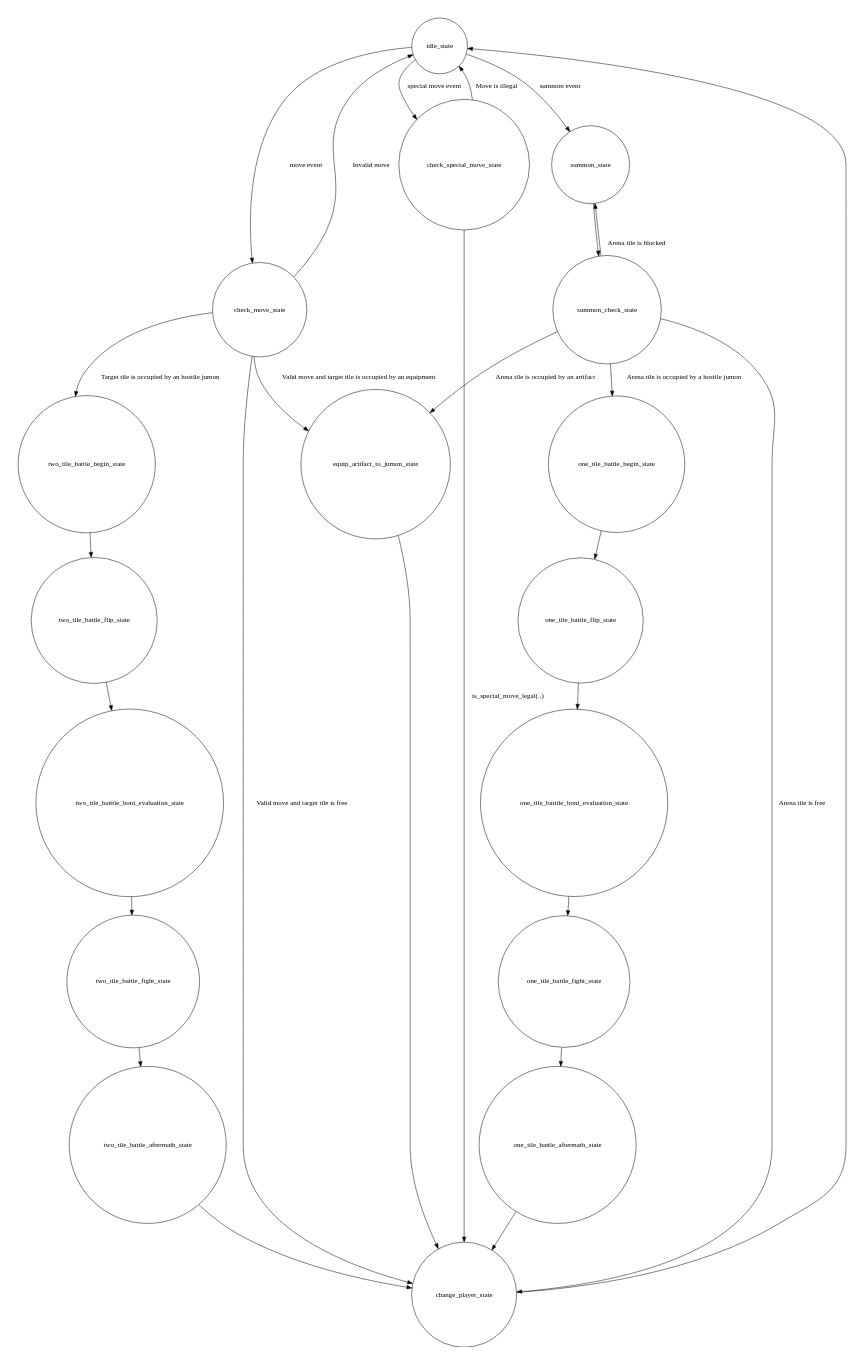
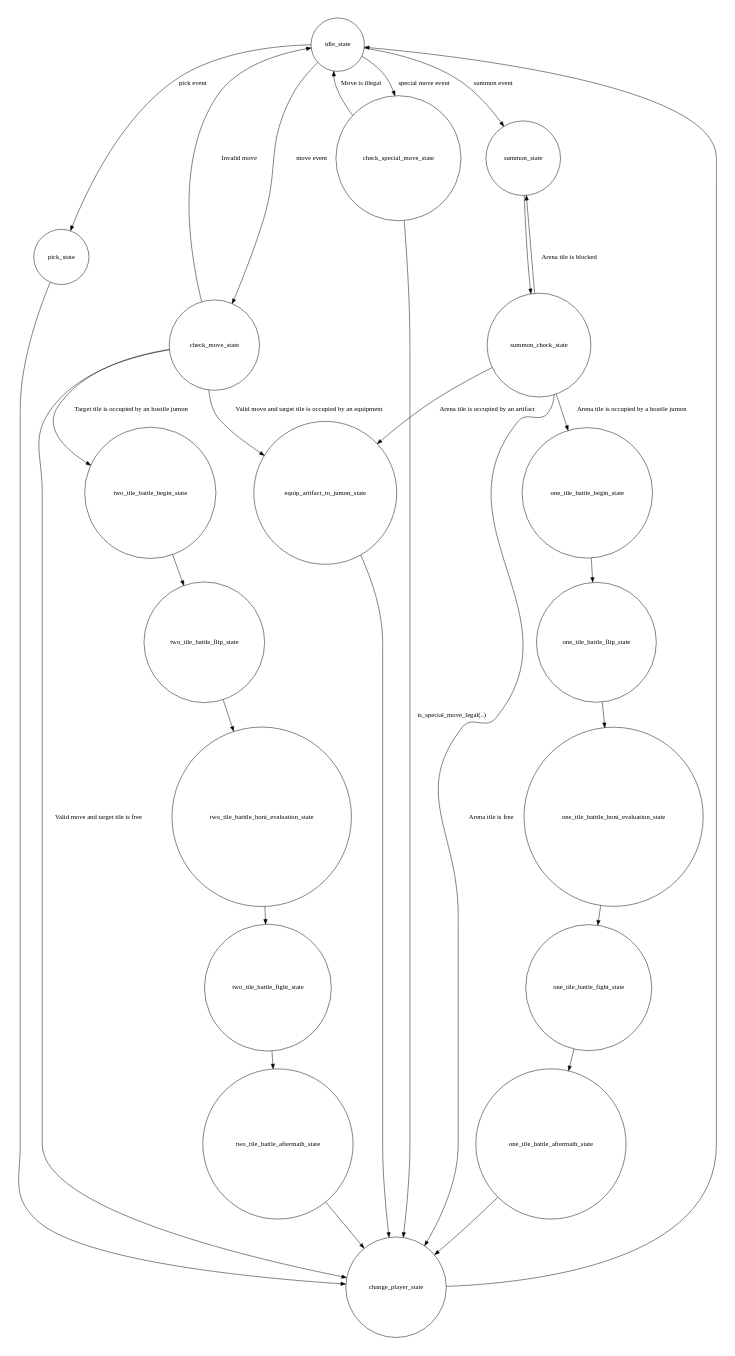
Before and after one commit to lyd1ng/Akuga: the diagram in docs/AkugaFSM.dot, drawn with Graphviz. The commit also changed 1 other file, not shown here.

```diff
--- a/docs/AkugaFSM.dot
+++ b/docs/AkugaFSM.dot
@@ -1,66 +1,71 @@
 digraph AkugaFSM {
 	size="8.5"
 	node [shape = circle]
 	// Declare every existing state within the fsm
 	idle_state
+	pick_state
 	summon_state
 	check_move_state
 	check_special_move_state
 	summon_check_state
 	change_player_state
 	one_tile_battle_begin_state
 	one_tile_battle_flip_state
 	one_tile_batttle_boni_evaluation_state
 	one_tile_battle_fight_state
 	one_tile_battle_aftermath_state
 	two_tile_battle_begin_state
 	two_tile_battle_flip_state
 	two_tile_batttle_boni_evaluation_state
 	two_tile_battle_fight_state
 	two_tile_battle_aftermath_state
 	equip_artifact_to_jumon_state
 
 	// Change player state
 	change_player_state -> idle_state
 
 	// Idle state
+	idle_state -> pick_state [label="pick event"];
 	idle_state -> summon_state [label="summon event"];
 	idle_state -> check_move_state [label="move event"];
 	idle_state -> check_special_move_state [label="special move event"];
+
+	// Pick State
+	pick_state -> change_player_state
 
 	// Summon State
 	summon_state -> summon_check_state
 	
 	// Summon check state
 	summon_check_state -> change_player_state[label="Arena tile is free"]
 	summon_check_state -> summon_state[label="Arena tile is blocked"]
 	summon_check_state -> one_tile_battle_begin_state[label="Arena tile is occupied by a hostile jumon"]
 	summon_check_state -> equip_artifact_to_jumon_state[label="Arena tile is occupied by an artifact"]
 
 	// Check move state
 	check_move_state -> idle_state[label="Invalid move"]
 	check_move_state -> change_player_state[label="Valid move and target tile is free"]
 	check_move_state -> two_tile_battle_begin_state[label="Target tile is occupied by an hostile jumon"]
 	check_move_state -> equip_artifact_to_jumon_state[label="Valid move and target tile is occupied by an equipment"]
 
 	// Check special move state
 	check_special_move_state -> change_player_state[label="is_special_move_legal(..)"]
 	check_special_move_state -> idle_state[label="Move is illegal"]
 
 	// One tile battle states
 	one_tile_battle_begin_state -> one_tile_battle_flip_state
 	one_tile_battle_flip_state -> one_tile_batttle_boni_evaluation_state
 	one_tile_batttle_boni_evaluation_state -> one_tile_battle_fight_state
 	one_tile_battle_fight_state -> one_tile_battle_aftermath_state
 	one_tile_battle_aftermath_state -> change_player_state
 
 	// One tile battle states
 	two_tile_battle_begin_state -> two_tile_battle_flip_state
 	two_tile_battle_flip_state -> two_tile_batttle_boni_evaluation_state
 	two_tile_batttle_boni_evaluation_state -> two_tile_battle_fight_state
 	two_tile_battle_fight_state -> two_tile_battle_aftermath_state
 	two_tile_battle_aftermath_state -> change_player_state
 
 	//Equip artifact to jumon state
 	equip_artifact_to_jumon_state -> change_player_state
 }
```
